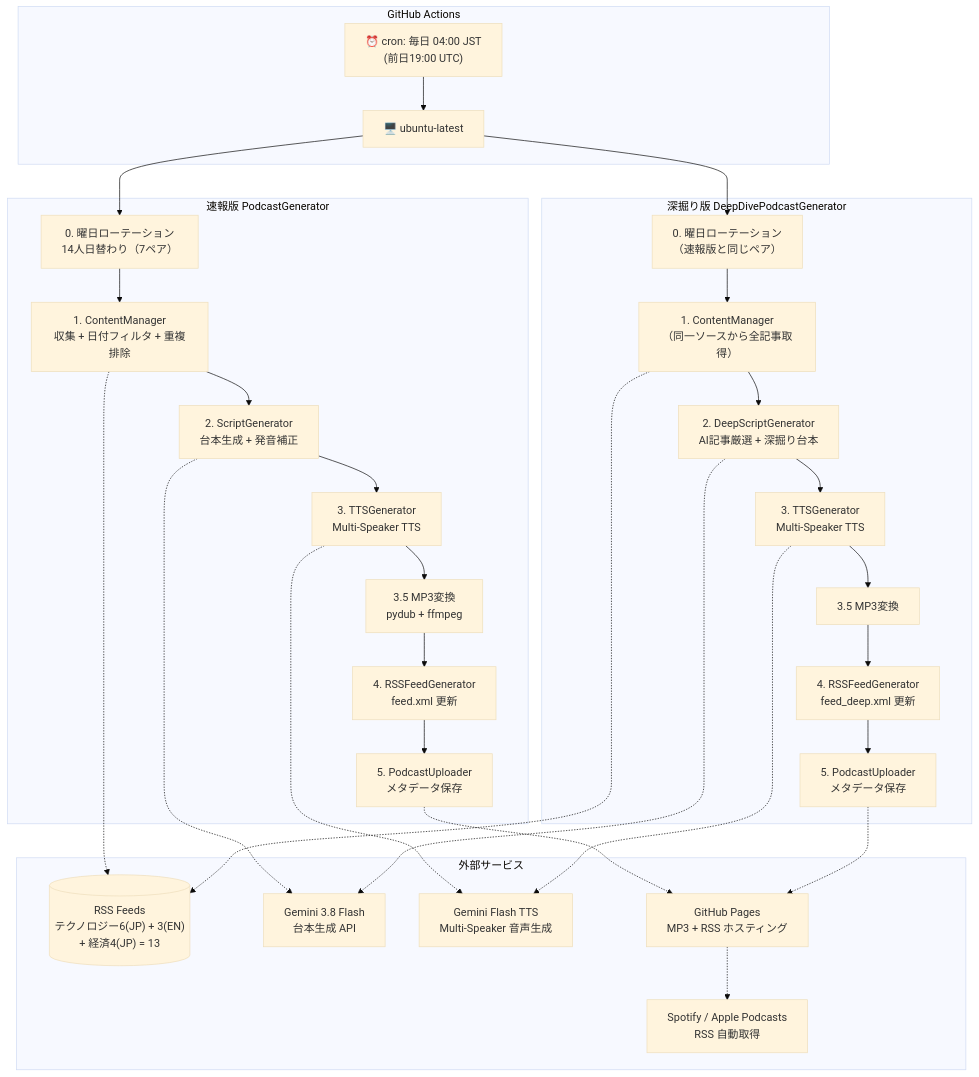
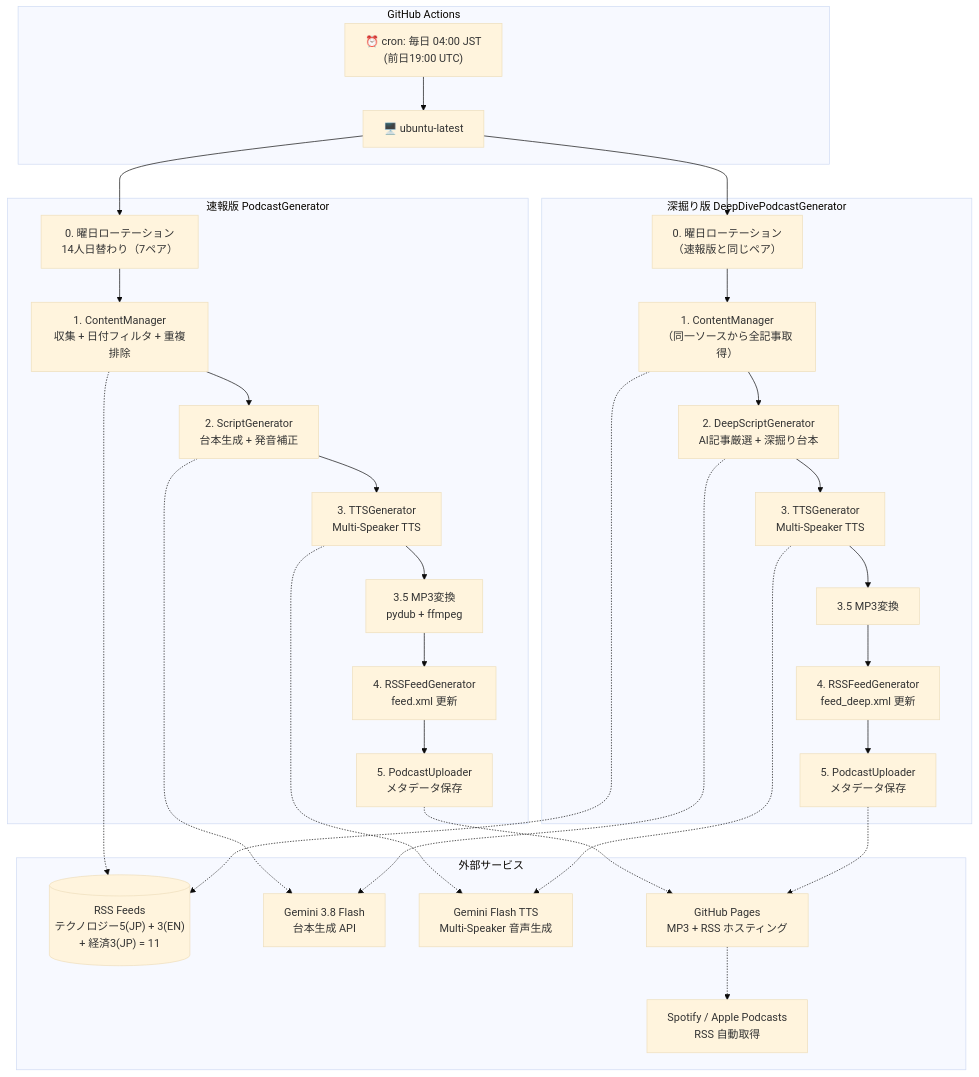
One commit to necoha/auto-podcast changed the first of 4 diagrams in docs/HLD.md. Above: the diagram before and after it, drawn with Mermaid (base theme). The commit also changed other lines of this file and 5 other files, not shown here.

````diff
--- a/docs/HLD.md
+++ b/docs/HLD.md
@@ -10,52 +10,52 @@
 ```mermaid
 flowchart TD
     subgraph CI["GitHub Actions"]
         Cron["⏰ cron: 毎日 04:00 JST<br/>(前日19:00 UTC)"]
         Runner["🖥️ ubuntu-latest"]
     end
 
     subgraph Speed["速報版 PodcastGenerator"]
         ROT["0. 曜日ローテーション<br/>14人日替わり（7ペア）"]
         CM["1. ContentManager<br/>収集 + 日付フィルタ + 重複排除"]
         SG["2. ScriptGenerator<br/>台本生成 + 発音補正"]
         TTS["3. TTSGenerator<br/>Multi-Speaker TTS"]
         MP3["3.5 MP3変換<br/>pydub + ffmpeg"]
         RGEN["4. RSSFeedGenerator<br/>feed.xml 更新"]
         UP["5. PodcastUploader<br/>メタデータ保存"]
     end
 
     subgraph Deep["深掘り版 DeepDivePodcastGenerator"]
         ROT2["0. 曜日ローテーション<br/>（速報版と同じペア）"]
         CM2["1. ContentManager<br/>（同一ソースから全記事取得）"]
         DSG["2. DeepScriptGenerator<br/>AI記事厳選 + 深掘り台本"]
         TTS2["3. TTSGenerator<br/>Multi-Speaker TTS"]
         MP3_2["3.5 MP3変換"]
         RGEN2["4. RSSFeedGenerator<br/>feed_deep.xml 更新"]
         UP2["5. PodcastUploader<br/>メタデータ保存"]
     end
 
     subgraph External["外部サービス"]
-        RSS[("RSS Feeds<br/>テクノロジー6(JP) + 3(EN)<br/>+ 経済4(JP) = 13")]
+        RSS[("RSS Feeds<br/>テクノロジー5(JP) + 3(EN)<br/>+ 経済3(JP) = 11")]
         GeminiLLM["Gemini 3.8 Flash<br/>台本生成 API"]
         GeminiTTS["Gemini Flash TTS<br/>Multi-Speaker 音声生成"]
         GHP["GitHub Pages<br/>MP3 + RSS ホスティング"]
         Spotify["Spotify / Apple Podcasts<br/>RSS 自動取得"]
     end
 
     Cron --> Runner
     Runner --> ROT --> CM
     CM --> SG --> TTS --> MP3 --> RGEN --> UP
 
     Runner --> ROT2 --> CM2
     CM2 --> DSG --> TTS2 --> MP3_2 --> RGEN2 --> UP2
 
     CM -.-> RSS
     CM2 -.-> RSS
     SG -.-> GeminiLLM
     DSG -.-> GeminiLLM
     TTS -.-> GeminiTTS
     TTS2 -.-> GeminiTTS
     UP -.-> GHP
     UP2 -.-> GHP
     GHP -.-> Spotify
 ```
````
